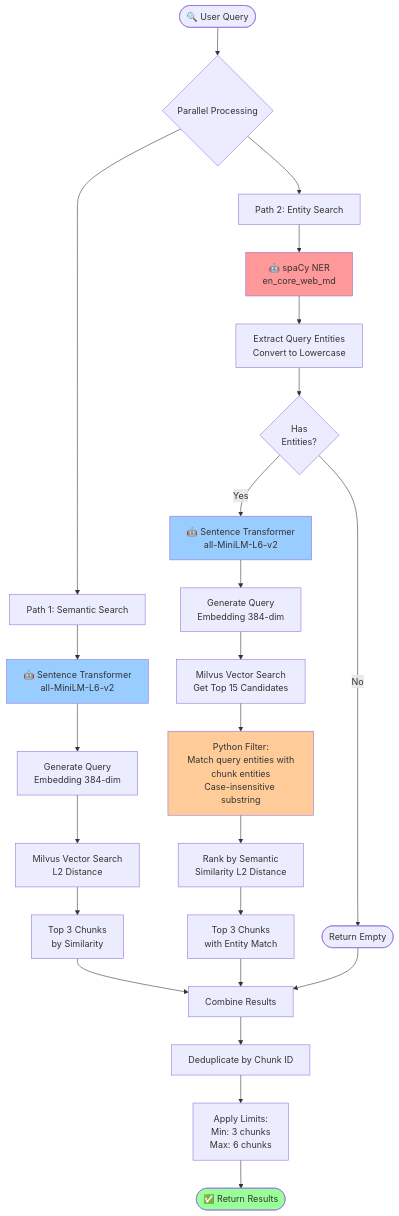
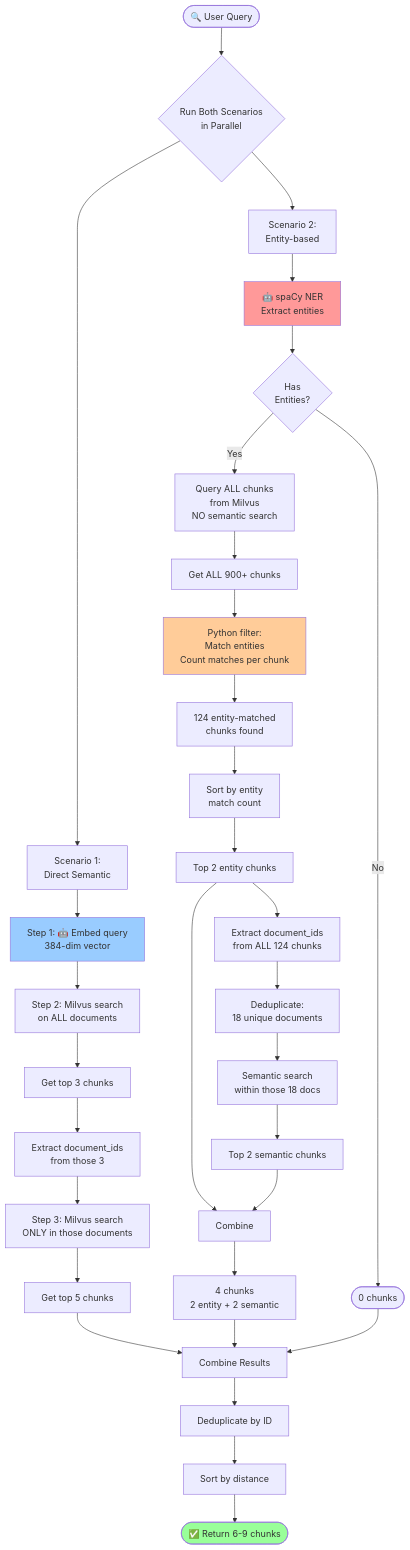
The second of 5 diagrams in rag-pipeline/ARCHITECTURE_FLOW.md (TejkumarG/DocuMind), drawn with Mermaid before and after one commit. The commit also changed other lines of this file and 16 other files, not shown here.

First line of the commit message:
Implement pure entity-based filtering in Scenario 2 with document expansion

````diff
--- a/rag-pipeline/ARCHITECTURE_FLOW.md
+++ b/rag-pipeline/ARCHITECTURE_FLOW.md
@@ -65,39 +65,46 @@
 ```mermaid
 flowchart TD
-    Query([🔍 User Query]) --> Parallel{Parallel Processing}
+    Query([🔍 User Query]) --> Parallel{Run Both Scenarios<br/>in Parallel}
 
-    %% Semantic Search Branch
-    Parallel --> Semantic[Path 1: Semantic Search]
-    Semantic --> EmbedQ1[🤖 Sentence Transformer<br/>all-MiniLM-L6-v2]
-    EmbedQ1 --> Vector1[Generate Query<br/>Embedding 384-dim]
-    Vector1 --> MilvusS[Milvus Vector Search<br/>L2 Distance]
-    MilvusS --> TopS[Top 3 Chunks<br/>by Similarity]
+    %% Scenario 1: Direct Semantic
+    Parallel --> S1[Scenario 1:<br/>Direct Semantic]
+    S1 --> S1_Embed[Step 1: 🤖 Embed query<br/>384-dim vector]
+    S1_Embed --> S1_Search[Step 2: Milvus search<br/>on ALL documents]
+    S1_Search --> S1_Top3[Get top 3 chunks]
+    S1_Top3 --> S1_Docs[Extract document_ids<br/>from those 3]
+    S1_Docs --> S1_Step3[Step 3: Milvus search<br/>ONLY in those documents]
+    S1_Step3 --> S1_Result[Get top 5 chunks]
 
-    %% Entity Search Branch
-    Parallel --> Entity[Path 2: Entity Search]
-    Entity --> NERQ[🤖 spaCy NER<br/>en_core_web_md]
-    NERQ --> ExtractQ[Extract Query Entities<br/>Convert to Lowercase]
-    ExtractQ --> HasEnt{Has<br/>Entities?}
-    HasEnt -->|No| EmptyE([Return Empty])
-    HasEnt -->|Yes| EmbedQ2[🤖 Sentence Transformer<br/>all-MiniLM-L6-v2]
-    EmbedQ2 --> Vector2[Generate Query<br/>Embedding 384-dim]
-    Vector2 --> MilvusE[Milvus Vector Search<br/>Get Top 15 Candidates]
-    MilvusE --> Filter[Python Filter:<br/>Match query entities with<br/>chunk entities<br/>Case-insensitive substring]
-    Filter --> RankE[Rank by Semantic<br/>Similarity L2 Distance]
-    RankE --> TopE[Top 3 Chunks<br/>with Entity Match]
+    %% Scenario 2: Entity-based
+    Parallel --> S2[Scenario 2:<br/>Entity-based]
+    S2 --> S2_NER[🤖 spaCy NER<br/>Extract entities]
+    S2_NER --> S2_Has{Has<br/>Entities?}
+    S2_Has -->|No| S2_Empty([0 chunks])
+    S2_Has -->|Yes| S2_Query[Query ALL chunks<br/>from Milvus<br/>NO semantic search]
+    S2_Query --> S2_All[Get ALL 900+ chunks]
+    S2_All --> S2_Filter[Python filter:<br/>Match entities<br/>Count matches per chunk]
+    S2_Filter --> S2_Found[124 entity-matched<br/>chunks found]
+    S2_Found --> S2_Sort[Sort by entity<br/>match count]
+    S2_Sort --> S2_Top2[Top 2 entity chunks]
+    S2_Top2 --> S2_AllDocs[Extract document_ids<br/>from ALL 124 chunks]
+    S2_AllDocs --> S2_Dedup[Deduplicate:<br/>18 unique documents]
+    S2_Dedup --> S2_Semantic[Semantic search<br/>within those 18 docs]
+    S2_Semantic --> S2_Top2More[Top 2 semantic chunks]
+    S2_Top2 --> S2_Combine[Combine]
+    S2_Top2More --> S2_Combine
+    S2_Combine --> S2_Result[4 chunks<br/>2 entity + 2 semantic]
 
-    %% Combine Results
-    TopS --> Combine[Combine Results]
-    TopE --> Combine
-    EmptyE --> Combine
+    %% Final Combination
+    S1_Result --> Final[Combine Results]
+    S2_Result --> Final
+    S2_Empty --> Final
 
-    Combine --> Dedup[Deduplicate by Chunk ID]
-    Dedup --> Limit[Apply Limits:<br/>Min: 3 chunks<br/>Max: 6 chunks]
-    Limit --> Final([✅ Return Results])
+    Final --> Dedup[Deduplicate by ID]
+    Dedup --> Sort[Sort by distance]
+    Sort --> Return([✅ Return 6-9 chunks])
 
-    style EmbedQ1 fill:#99ccff
-    style EmbedQ2 fill:#99ccff
-    style NERQ fill:#ff9999
-    style Filter fill:#ffcc99
-    style Final fill:#99ff99
+    style S1_Embed fill:#99ccff
+    style S2_NER fill:#ff9999
+    style S2_Filter fill:#ffcc99
+    style Return fill:#99ff99
 ```
````
